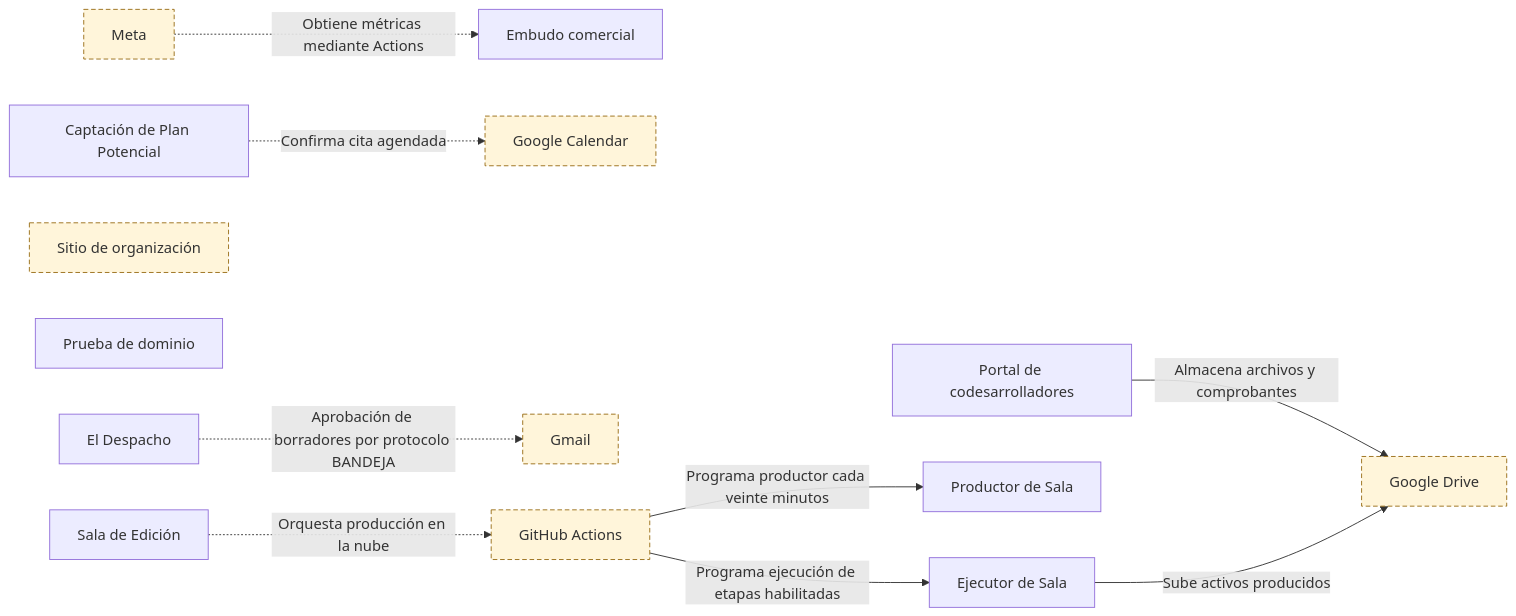
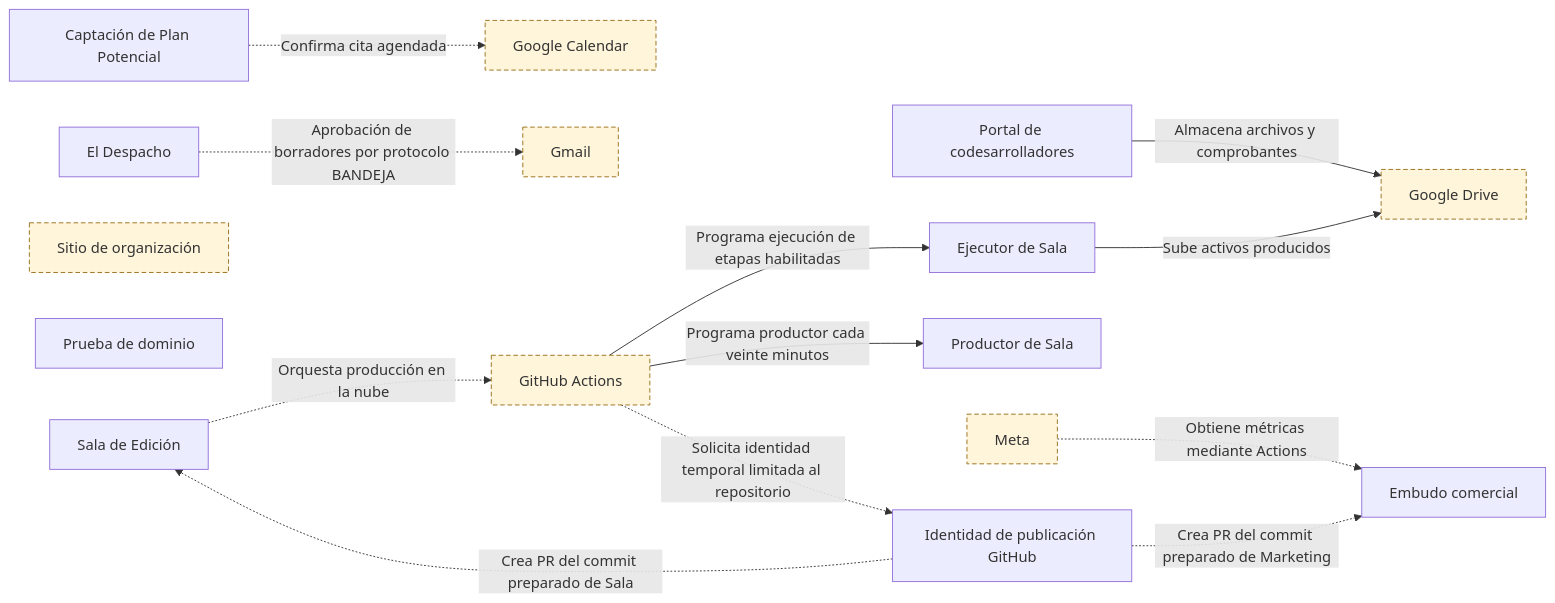
Before and after one commit to yodesarrollomx/yod-portal: the eighth of 9 diagrams in docs/arquitectura/mapas.md, drawn with Mermaid. The commit also changed other lines of this file and 12 other files, not shown here.

````diff
--- a/docs/arquitectura/mapas.md
+++ b/docs/arquitectura/mapas.md
@@ -298,32 +301,36 @@
 ```mermaid
 flowchart LR
   n_SYS_DESPACHO["El Despacho"]
   n_SYS_MARKETING["Embudo comercial"]
   n_SYS_SALA["Sala de Edición"]
   n_SYS_SITIO_ORG["Sitio de organización"]
   n_SYS_PRUEBA_DOMINIO["Prueba de dominio"]
   n_GAS_PLAN_POTENCIAL["Captación de Plan Potencial"]
   n_GAS_CODES["Portal de codesarrolladores"]
   n_EXT_DRIVE["Google Drive"]
   n_EXT_CALENDAR["Google Calendar"]
   n_EXT_META["Meta"]
   n_EXT_GMAIL["Gmail"]
   n_EXT_ACTIONS["GitHub Actions"]
   n_SVC_SALA_PRODUCTOR["Productor de Sala"]
   n_SVC_SALA_EJECUTOR["Ejecutor de Sala"]
+  n_EXT_GITHUB_PUBLISHER_APP["Identidad de publicación GitHub"]
   n_GAS_PLAN_POTENCIAL -.->|Confirma cita agendada| n_EXT_CALENDAR
   n_EXT_META -.->|Obtiene métricas mediante Actions| n_SYS_MARKETING
   n_SYS_DESPACHO -.->|Aprobación de borradores por protocolo BANDEJA| n_EXT_GMAIL
   n_GAS_CODES -->|Almacena archivos y comprobantes| n_EXT_DRIVE
   n_SYS_SALA -.->|Orquesta producción en la nube| n_EXT_ACTIONS
   n_EXT_ACTIONS -->|Programa productor cada veinte minutos| n_SVC_SALA_PRODUCTOR
   n_EXT_ACTIONS -->|Programa ejecución de etapas habilitadas| n_SVC_SALA_EJECUTOR
   n_SVC_SALA_EJECUTOR -->|Sube activos producidos| n_EXT_DRIVE
+  n_EXT_ACTIONS -.->|Solicita identidad temporal limitada al repositorio| n_EXT_GITHUB_PUBLISHER_APP
+  n_EXT_GITHUB_PUBLISHER_APP -.->|Crea PR del commit preparado de Sala| n_SYS_SALA
+  n_EXT_GITHUB_PUBLISHER_APP -.->|Crea PR del commit preparado de Marketing| n_SYS_MARKETING
   classDef pendiente fill:#fff5da,stroke:#996d16,stroke-dasharray:5 3;
   class n_SYS_SITIO_ORG pendiente;
   class n_EXT_DRIVE pendiente;
   class n_EXT_CALENDAR pendiente;
   class n_EXT_META pendiente;
   class n_EXT_GMAIL pendiente;
   class n_EXT_ACTIONS pendiente;
 ```
````
